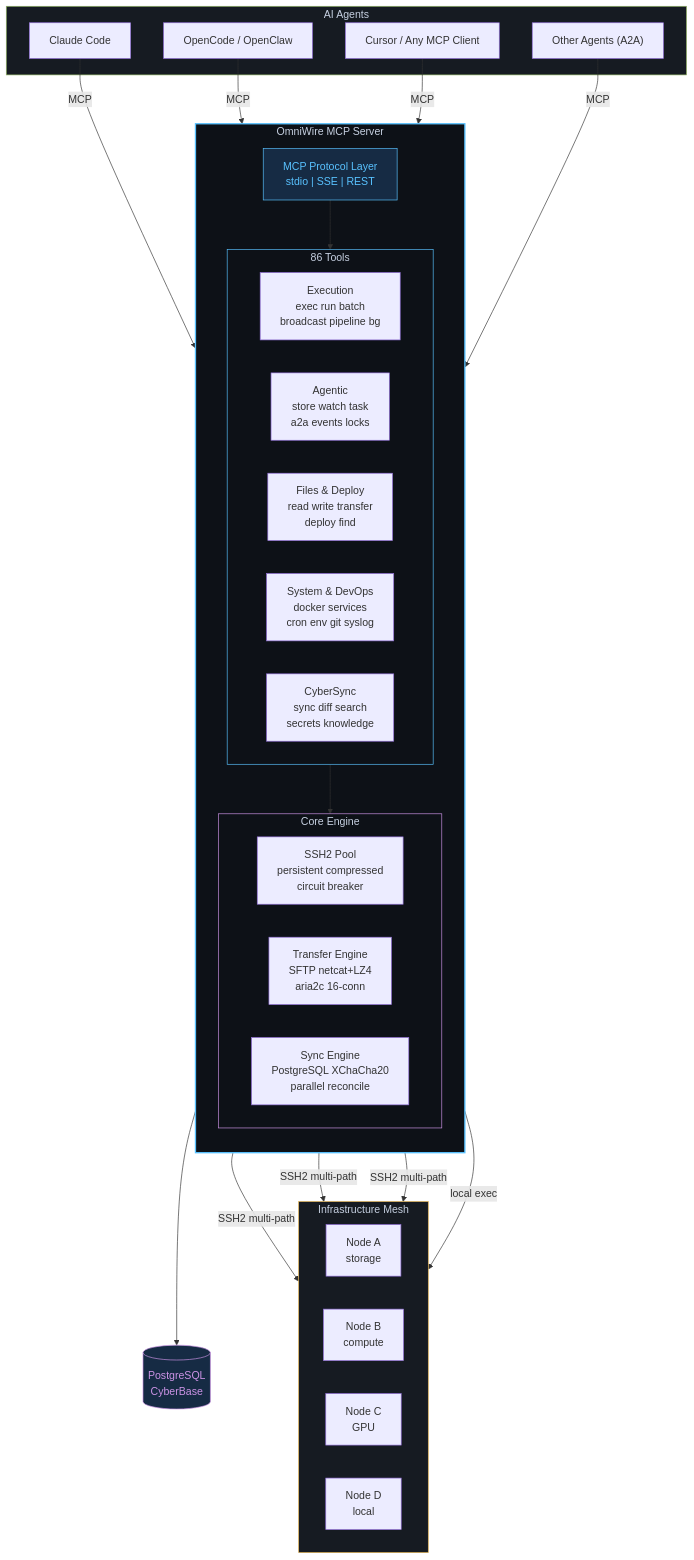
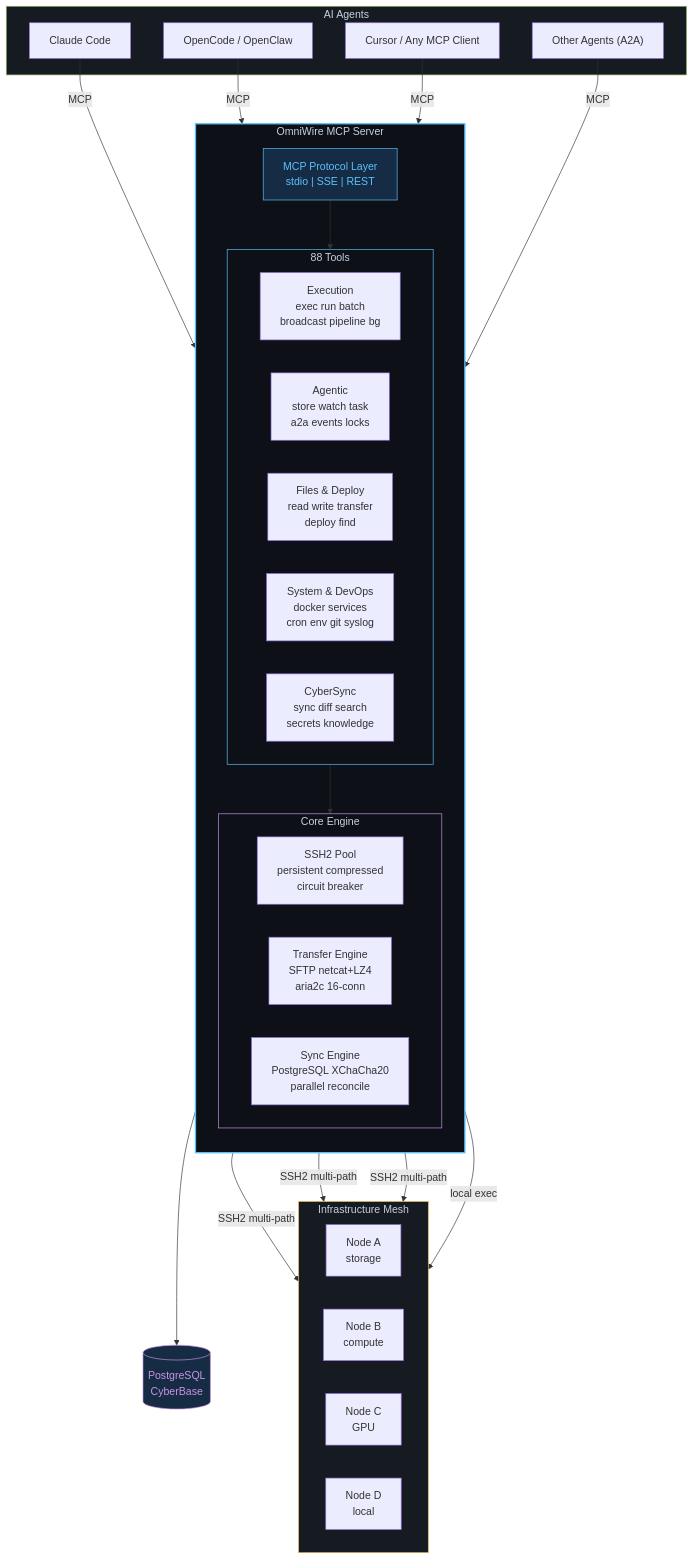
One commit to VoidChecksum/omniwire changed the diagram in README.md. Above: the diagram before and after it, drawn with Mermaid. The commit also changed other lines of this file and 2 other files, not shown here.

````diff
--- a/README.md
+++ b/README.md
@@ -204,55 +204,55 @@
 ```mermaid
 graph TB
     subgraph clients["AI Agents"]
         CC["Claude Code"]
         OC["OpenCode / OpenClaw"]
         CU["Cursor / Any MCP Client"]
         A2["Other Agents (A2A)"]
     end
 
     subgraph omniwire["OmniWire MCP Server"]
         direction TB
         MCP["MCP Protocol Layer<br/>stdio | SSE | REST"]
 
-        subgraph tools["86 Tools"]
+        subgraph tools["88 Tools"]
             direction LR
             EXEC["Execution<br/>exec  run  batch<br/>broadcast  pipeline  bg"]
             AGENT["Agentic<br/>store  watch  task<br/>a2a  events  locks"]
             FILES["Files & Deploy<br/>read  write  transfer<br/>deploy  find"]
             SYS["System & DevOps<br/>docker  services<br/>cron  env  git  syslog"]
             SYNC["CyberSync<br/>sync  diff  search<br/>secrets  knowledge"]
         end
 
         subgraph engine["Core Engine"]
             direction LR
             POOL["SSH2 Pool<br/>persistent  compressed<br/>circuit breaker"]
             XFER["Transfer Engine<br/>SFTP  netcat+LZ4<br/>aria2c 16-conn"]
             CSYNC["Sync Engine<br/>PostgreSQL  XChaCha20<br/>parallel reconcile"]
         end
     end
 
     subgraph mesh["Infrastructure Mesh"]
         direction LR
         N1["Node A<br/>storage"]
         N2["Node B<br/>compute"]
         N3["Node C<br/>GPU"]
         N4["Node D<br/>local"]
     end
 
     DB[("PostgreSQL<br/>CyberBase")]
 
     CC & OC & CU & A2 -->|MCP| MCP
     MCP --> tools
     tools --> engine
     POOL -->|"SSH2 multi-path"| N1 & N2 & N3
     POOL -->|"local exec"| N4
     CSYNC --> DB
 
     style omniwire fill:#0D1117,stroke:#59C2FF,stroke-width:2px,color:#C6D0E1
     style clients fill:#161B22,stroke:#91B362,stroke-width:1px,color:#C6D0E1
     style mesh fill:#161B22,stroke:#E6B450,stroke-width:1px,color:#C6D0E1
     style tools fill:#0D1117,stroke:#59C2FF,stroke-width:1px,color:#C6D0E1
     style engine fill:#0D1117,stroke:#CC93E6,stroke-width:1px,color:#C6D0E1
     style MCP fill:#162B44,stroke:#59C2FF,color:#59C2FF
     style DB fill:#162B44,stroke:#CC93E6,color:#CC93E6
 ```
````
